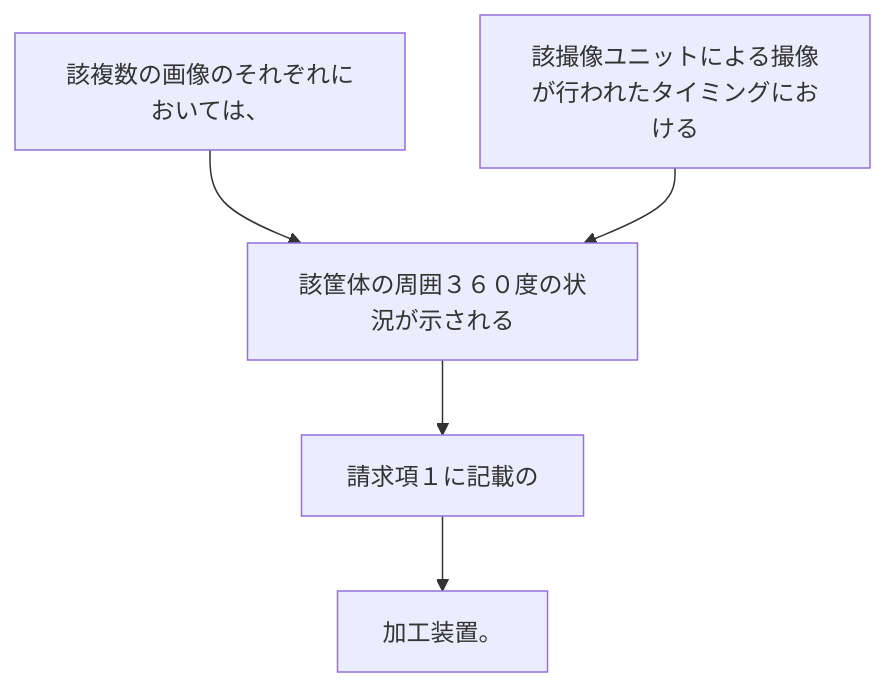
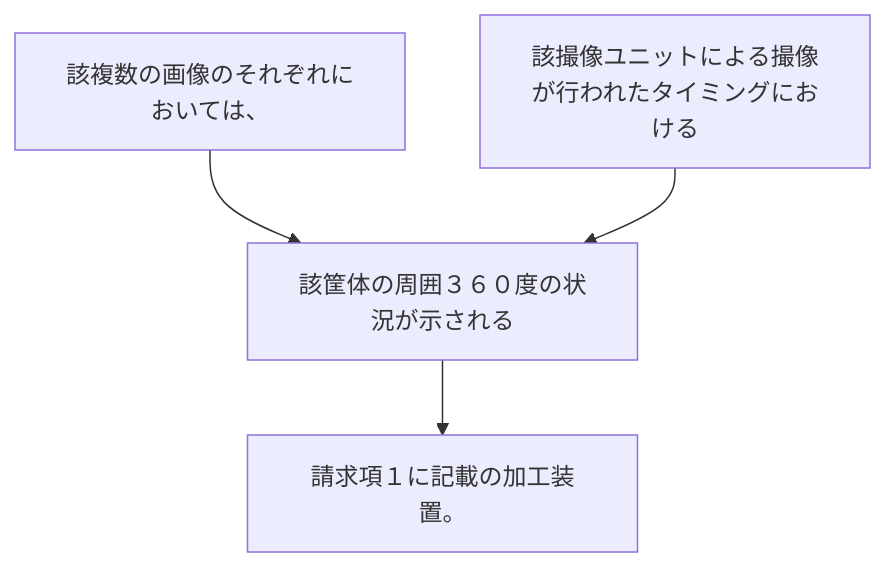
One commit to shinmori55/patent_analyzed changed the diagram in 2024/JP2024029313A/claim_2/README.md. Above: the diagram before and after it, drawn with Mermaid. The commit also changed 19 other files, not shown here.

````diff
--- a/2024/JP2024029313A/claim_2/README.md
+++ b/2024/JP2024029313A/claim_2/README.md
@@ -2,12 +2,10 @@
 ```mermaid
 flowchart TD
 A[該複数の画像のそれぞれにおいては、]
 B[該撮像ユニットによる撮像が行われたタイミングにおける]
 C[該筐体の周囲３６０度の状況が示される]
-D[請求項１に記載の]
-E[加工装置。]
+D[請求項１に記載の加工装置。]
 A --> C
 B --> C
 C --> D
-D --> E
 ```
````
